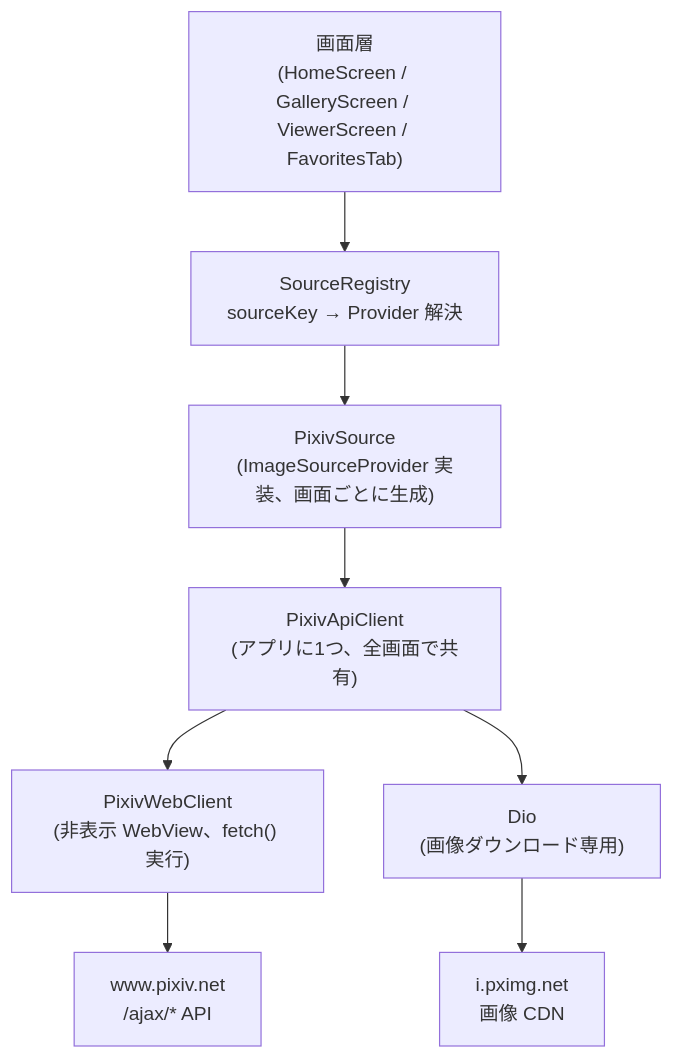
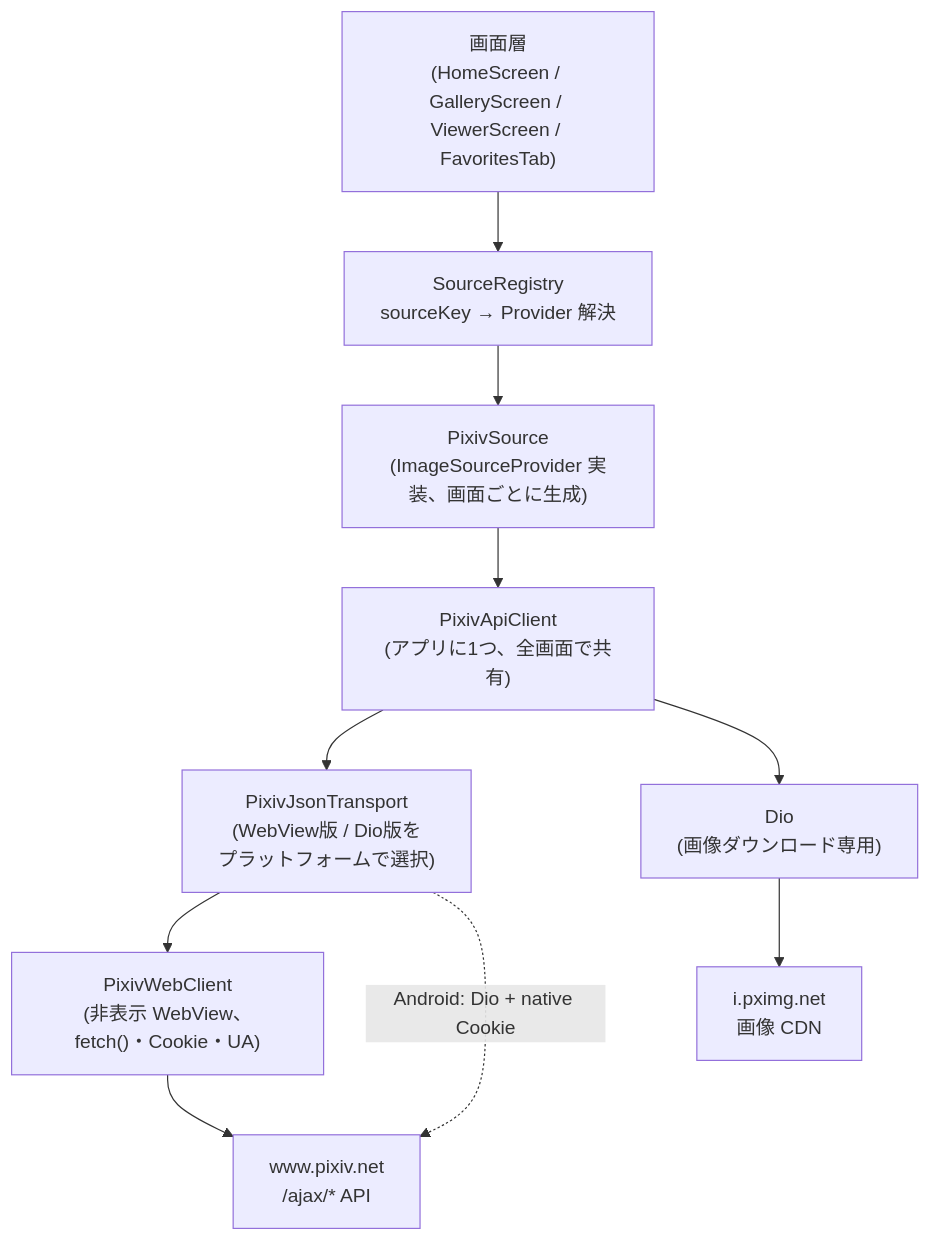
One commit to jam7/image-viewer changed the diagram in docs/pixiv_connection.md. Above: the diagram before and after it, drawn with Mermaid. The commit also changed other lines of this file and 4 other files, not shown here.

First line of the commit message:
Use direct Dio transport for Pixiv GET on Android

````diff
--- a/docs/pixiv_connection.md
+++ b/docs/pixiv_connection.md
@@ -8,15 +8,17 @@
 ```mermaid
 graph TB
     Screens["画面層<br/>(HomeScreen / GalleryScreen / ViewerScreen / FavoritesTab)"]
     Registry["SourceRegistry<br/>sourceKey → Provider 解決"]
     Source["PixivSource<br/>(ImageSourceProvider 実装、画面ごとに生成)"]
     API["PixivApiClient<br/>(アプリに1つ、全画面で共有)"]
-    Web["PixivWebClient<br/>(非表示 WebView、fetch() 実行)"]
-    Dio["Dio<br/>(画像ダウンロード専用)"]
+    Transport["PixivJsonTransport<br/>(WebView版 / Dio版を<br/>プラットフォームで選択)"]
+    Web["PixivWebClient<br/>(非表示 WebView、fetch()・Cookie・UA)"]
+    ImgDio["Dio<br/>(画像ダウンロード専用)"]
     Pixiv["www.pixiv.net<br/>/ajax/* API"]
     Pximg["i.pximg.net<br/>画像 CDN"]
 
     Screens --> Registry --> Source --> API
-    API --> Web --> Pixiv
-    API --> Dio --> Pximg
+    API --> Transport --> Web --> Pixiv
+    Transport -. "Android: Dio + native Cookie" .-> Pixiv
+    API --> ImgDio --> Pximg
 ```
````
